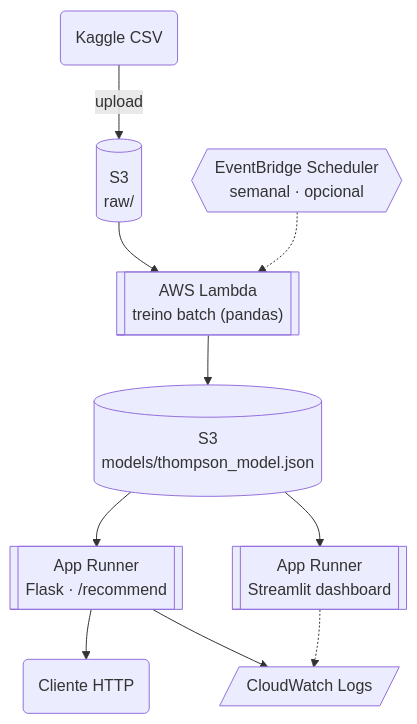
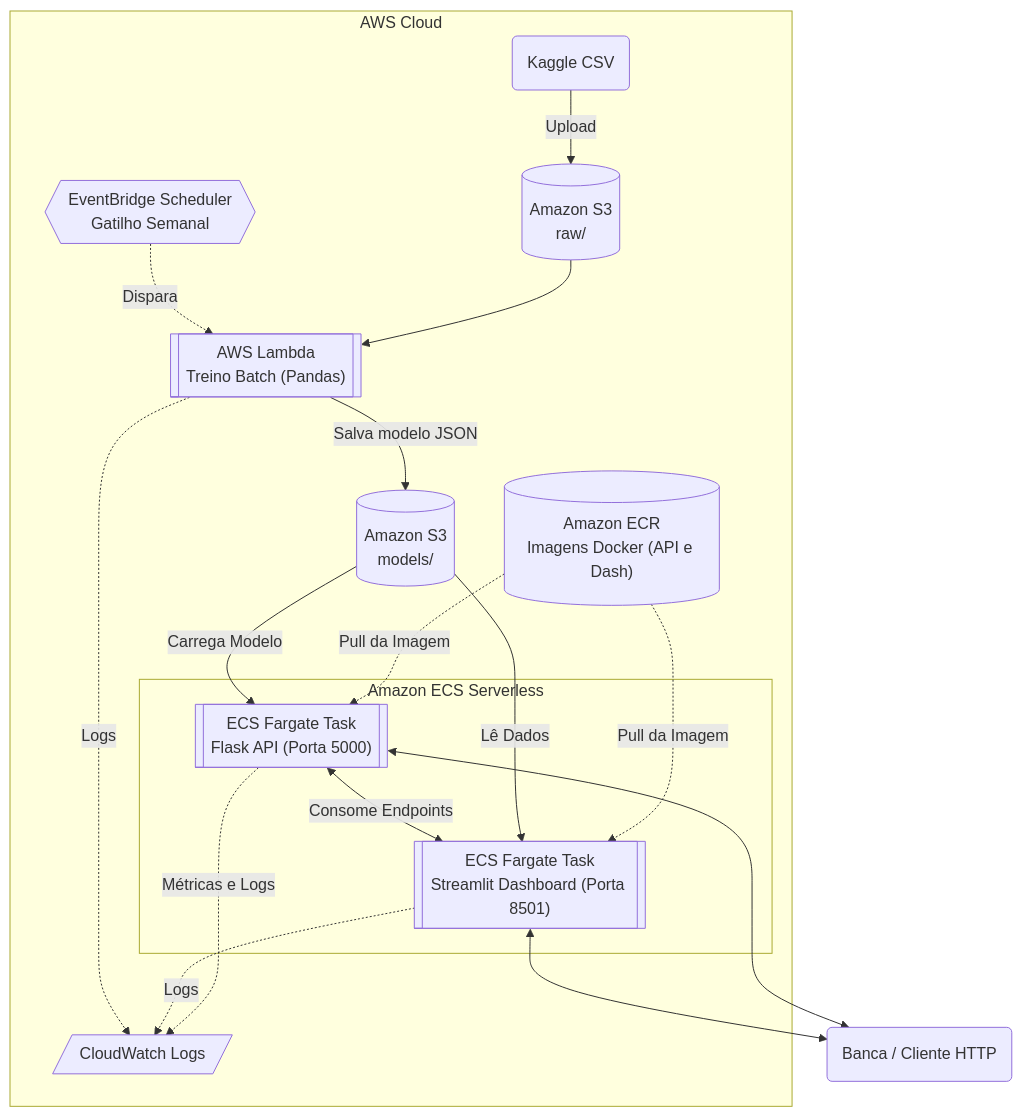
One commit to jemaldonado/FIAP_datathon_G37 changed the first of 3 diagrams in docs/ARQUITETURA.md. Above: the diagram before and after it, drawn with Mermaid. The commit also changed other lines of this file and 13 other files, not shown here.

Commit message:
docs: atualiza arquitetura para AWS ECS Fargate e consolida Streamlit

````diff
--- a/docs/ARQUITETURA.md
+++ b/docs/ARQUITETURA.md
@@ -29,12 +29,26 @@
 ```mermaid
 graph TD
-    A("Kaggle CSV") -->|upload| S3raw[("S3<br/>raw/")]
-    S3raw --> Train[["AWS Lambda<br/>treino batch (pandas)"]]
-    Train --> S3models[("S3<br/>models/thompson_model.json")]
-    S3models --> API[["App Runner<br/>Flask · /recommend"]]
-    S3models --> Dash[["App Runner<br/>Streamlit dashboard"]]
-    API --> Client("Cliente HTTP")
-    Sched{{"EventBridge Scheduler<br/>semanal · opcional"}} -.-> Train
-    API --> CW[/"CloudWatch Logs"/]
-    Dash -.-> CW
+    Client("Banca / Cliente HTTP")
+
+    subgraph AWS Cloud
+        ECR[("Amazon ECR<br/>Imagens Docker (API e Dash)")]
+        A("Kaggle CSV") -->|Upload| S3raw[("Amazon S3<br/>raw/")]
+        S3raw --> Train[["AWS Lambda<br/>Treino Batch (Pandas)"]]
+        Train -->|Salva modelo JSON| S3models[("Amazon S3<br/>models/")]
+        subgraph Amazon ECS Serverless
+            API[["ECS Fargate Task<br/>Flask API (Porta 5000)"]]
+            Dash[["ECS Fargate Task<br/>Streamlit Dashboard (Porta 8501)"]]
+        end
+        ECR -.->|Pull da Imagem| API
+        ECR -.->|Pull da Imagem| Dash
+        S3models -->|Carrega Modelo| API
+        S3models -->|Lê Dados| Dash
+        API <-->|Consome Endpoints| Dash
+        Sched{{"EventBridge Scheduler<br/>Gatilho Semanal"}} -.->|Dispara| Train
+        API -.->|Métricas e Logs| CW[/"CloudWatch Logs"/]
+        Dash -.->|Logs| CW
+        Train -.->|Logs| CW
+    end
+    API <--> Client
+    Dash <--> Client
 ```
````
